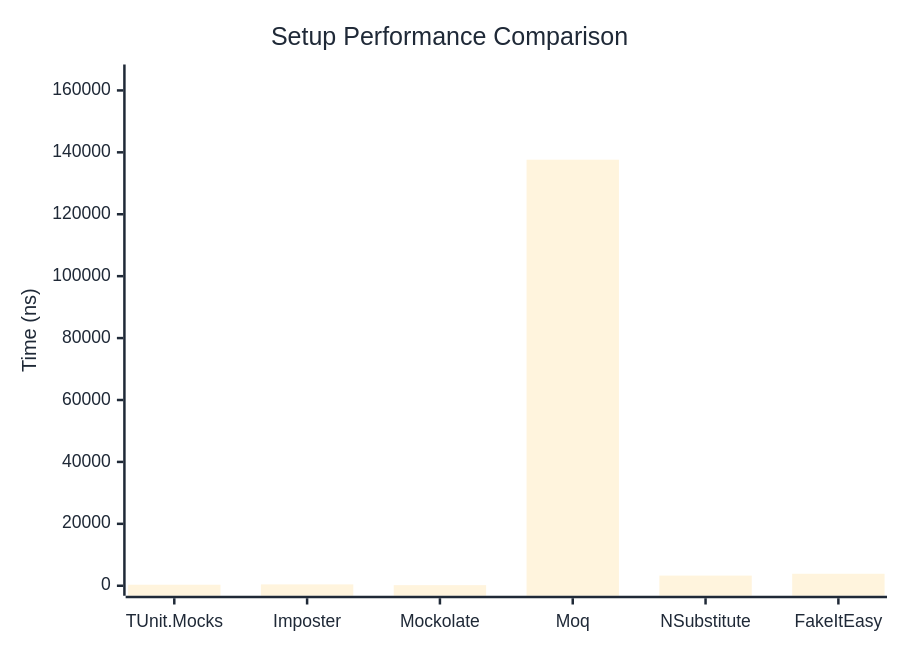
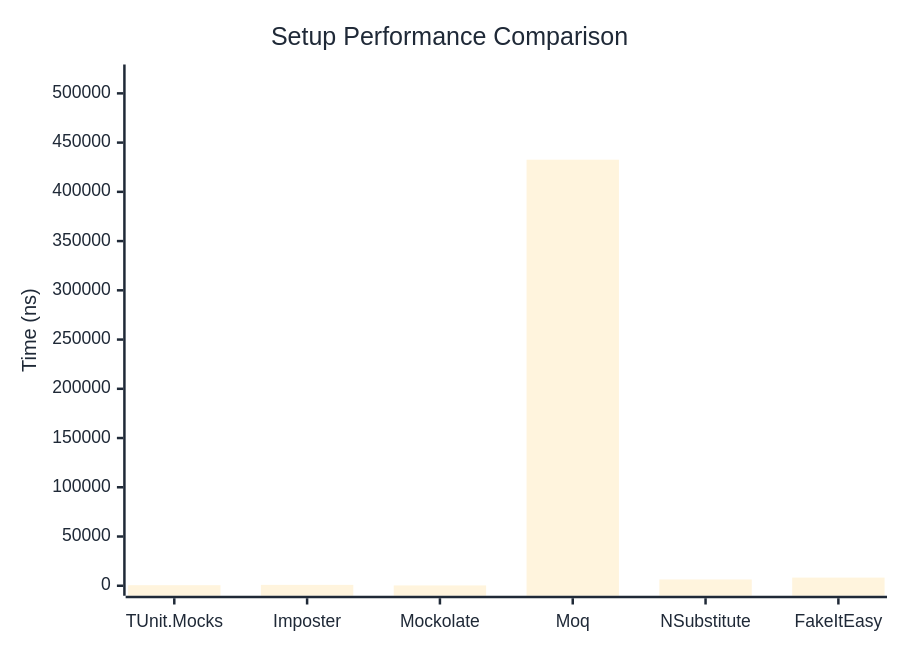
Before and after one commit to thomhurst/TUnit: the first of 2 diagrams in docs/docs/benchmarks/mocks/Setup.md, drawn with Mermaid. The commit also changed other lines of this file and 14 other files, not shown here.

````diff
--- a/docs/docs/benchmarks/mocks/Setup.md
+++ b/docs/docs/benchmarks/mocks/Setup.md
@@ -30,27 +30,27 @@
 ```mermaid
 %%{init: {
   'theme':'base',
   'themeVariables': {
     'primaryColor': '#2563eb',
     'primaryTextColor': '#1f2937',
     'primaryBorderColor': '#1e40af',
     'lineColor': '#6b7280',
     'secondaryColor': '#7c3aed',
     'tertiaryColor': '#dc2626',
     'background': '#ffffff',
     'pie1': '#2563eb',
     'pie2': '#7c3aed',
     'pie3': '#dc2626',
     'pie4': '#f59e0b',
     'pie5': '#10b981',
     'pie6': '#06b6d4',
     'pie7': '#ec4899',
     'pie8': '#6366f1'
   }
 }}%%
 xychart-beta
   title "Setup Performance Comparison"
   x-axis ["TUnit.Mocks", "Imposter", "Mockolate", "Moq", "NSubstitute", "FakeItEasy"]
-  y-axis "Time (ns)" 0 --> 165143
-  bar [333.5, 439.8, 192.2, 137618.8, 3278.1, 3870.2]
+  y-axis "Time (ns)" 0 --> 519161
+  bar [571.6, 888.6, 324.5, 432633.6, 6373.6, 8280.3]
 ```
````
